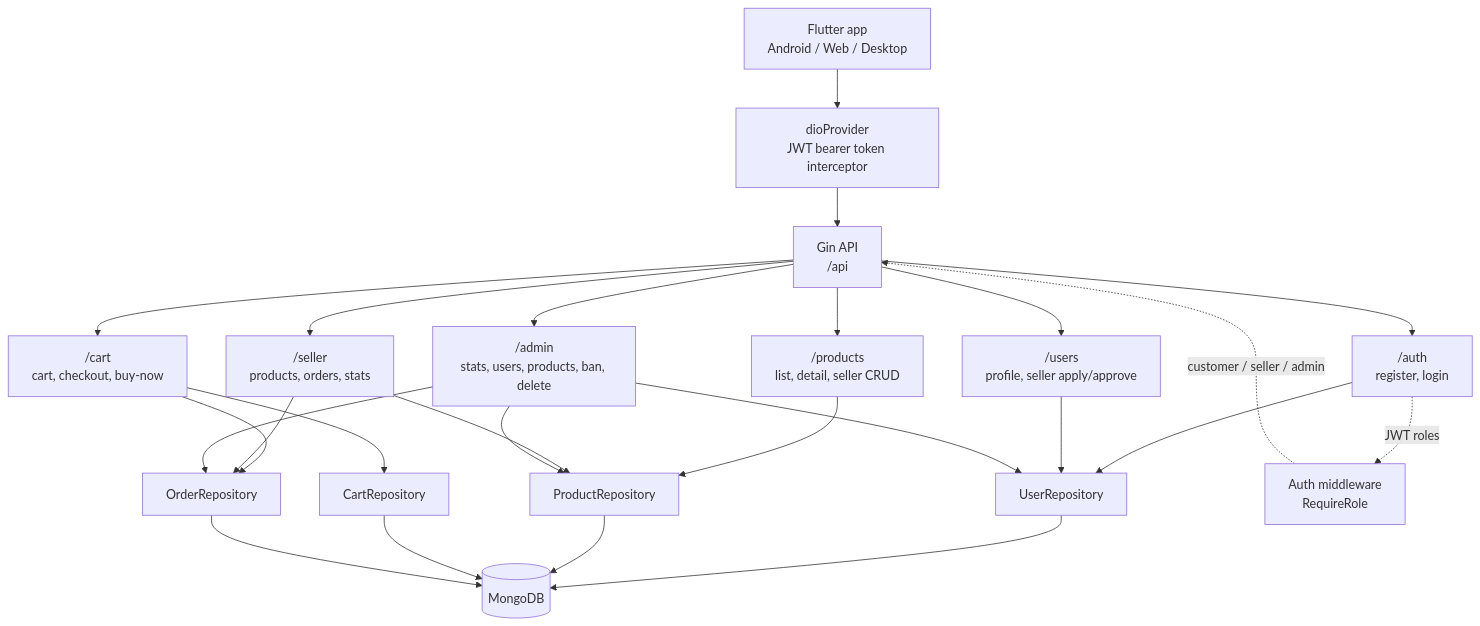
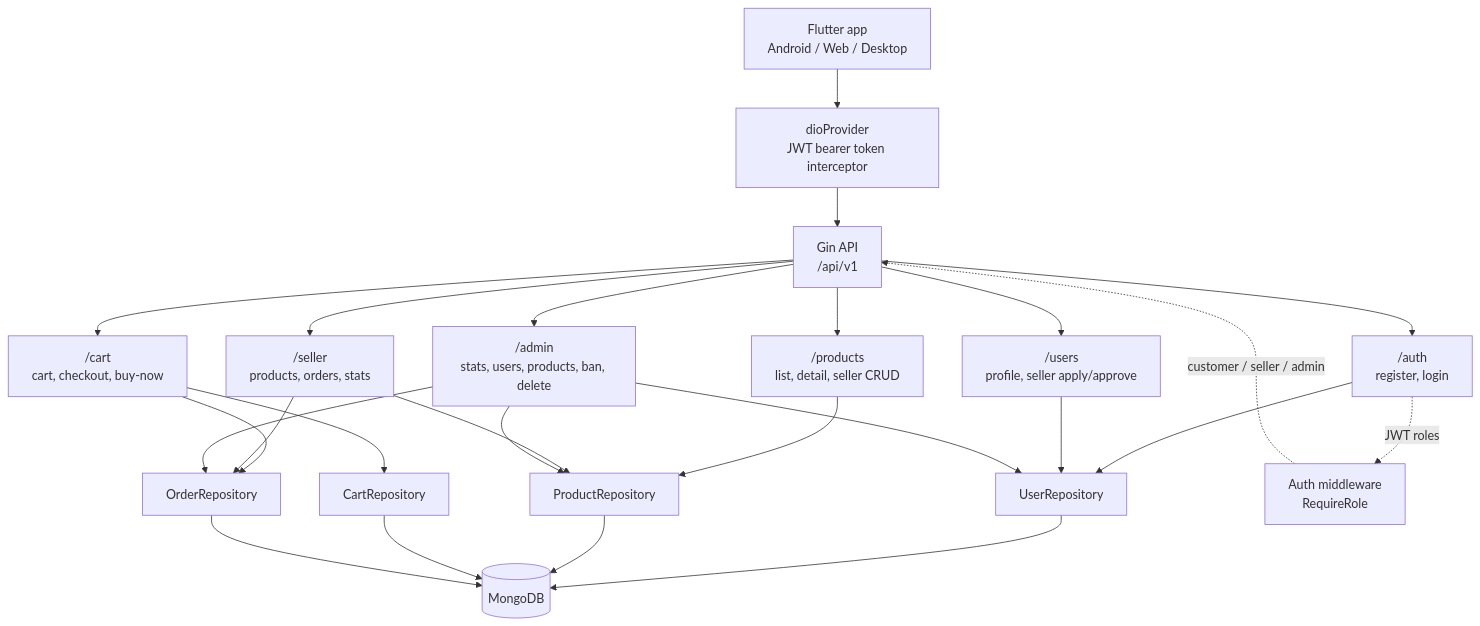
Before and after one commit to darklordemperor/Fullstack_ecommerceApp: the diagram in README.md, drawn with Mermaid. The commit also changed other lines of this file and 97 other files, not shown here.

````diff
--- a/README.md
+++ b/README.md
@@ -182,31 +186,31 @@
 ```mermaid
 flowchart TD
     Client["Flutter app\nAndroid / Web / Desktop"] --> Dio["dioProvider\nJWT bearer token interceptor"]
-    Dio --> API["Gin API\n/api"]
+    Dio --> API["Gin API\n/api/v1"]
 
     API --> Auth["/auth\nregister, login"]
     API --> Users["/users\nprofile, seller apply/approve"]
     API --> Products["/products\nlist, detail, seller CRUD"]
     API --> Cart["/cart\ncart, checkout, buy-now"]
     API --> Seller["/seller\nproducts, orders, stats"]
     API --> Admin["/admin\nstats, users, products, ban, delete"]
 
     Auth --> UserRepo["UserRepository"]
     Users --> UserRepo
     Products --> ProductRepo["ProductRepository"]
     Cart --> CartRepo["CartRepository"]
     Cart --> OrderRepo["OrderRepository"]
     Seller --> ProductRepo
     Seller --> OrderRepo
     Admin --> UserRepo
     Admin --> ProductRepo
     Admin --> OrderRepo
 
     UserRepo --> Mongo[("MongoDB")]
     ProductRepo --> Mongo
     CartRepo --> Mongo
     OrderRepo --> Mongo
 
     Auth -. "JWT roles" .-> Middleware["Auth middleware\nRequireRole"]
     Middleware -. "customer / seller / admin" .-> API
 ```
````
